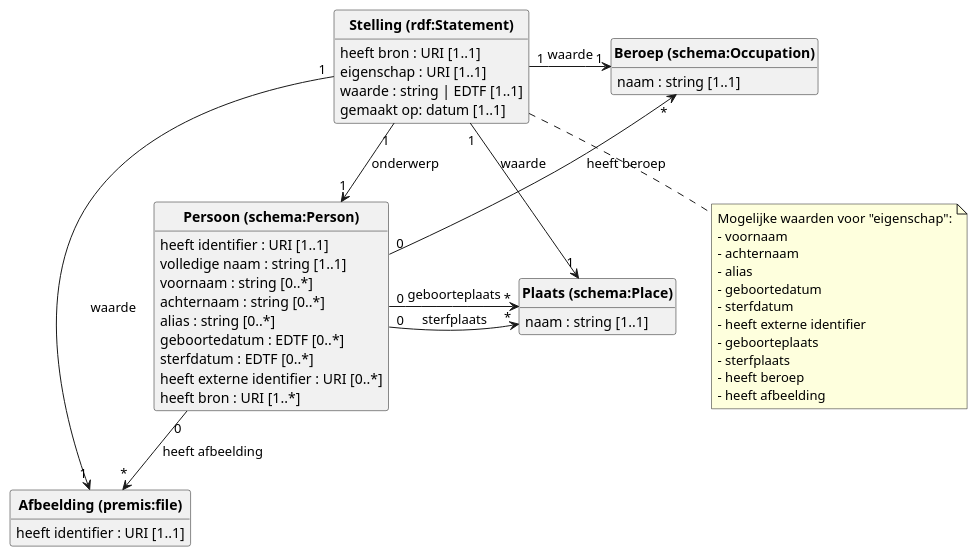
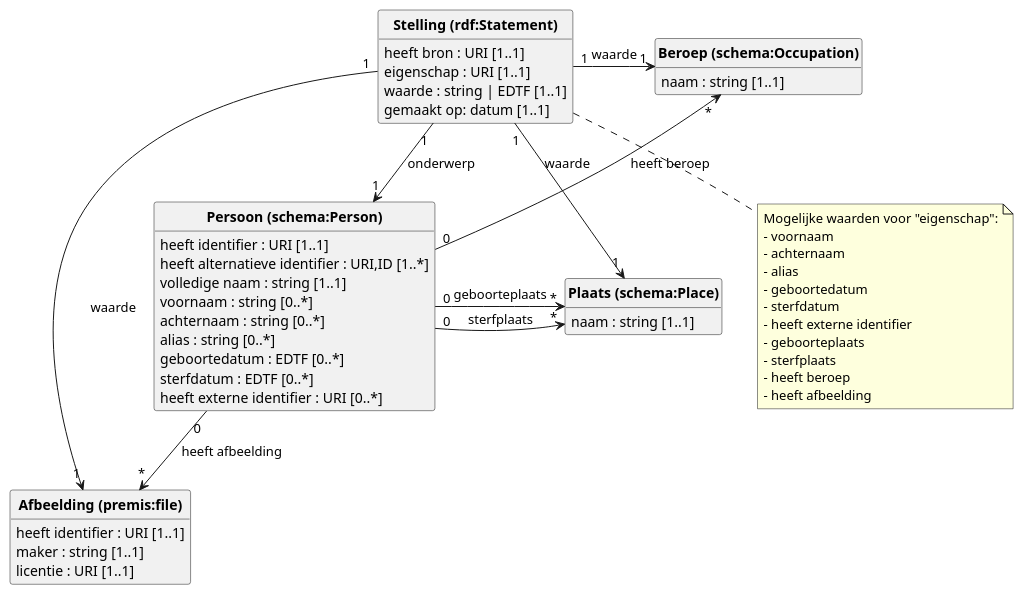
Before and after one commit to viaacode/visual-name-authority-project: the diagram in datamodel/diagram.puml, drawn with PlantUML.

Commit message:
update after internal review

```diff
--- a/datamodel/diagram.puml
+++ b/datamodel/diagram.puml
@@ -1,60 +1,62 @@
 @startuml
 class "<b>Persoon (schema:Person)</b>" {
     heeft identifier : URI [1..1]
+    heeft alternatieve identifier : URI,ID [1..*]
     volledige naam : string [1..1]
     voornaam : string [0..*]
     achternaam : string [0..*]
     alias : string [0..*]
     geboortedatum : EDTF [0..*]
     sterfdatum : EDTF [0..*]
     heeft externe identifier : URI [0..*]
-    heeft bron : URI [1..*]
 }
 
 class "<b>Plaats (schema:Place)</b>" {
     naam : string [1..1]
 }
 
 class "<b>Beroep (schema:Occupation)</b>" {
     naam : string [1..1]
 }
 
 class "<b>Afbeelding (premis:file)</b>" {
     heeft identifier : URI [1..1]
+    maker : string [1..1]
+    licentie : URI [1..1]  
 }
 
 "<b>Persoon (schema:Person)</b>" "0" -> "*" "<b>Plaats (schema:Place)</b>" : geboorteplaats
 "<b>Persoon (schema:Person)</b>" "0" -> "*" "<b>Plaats (schema:Place)</b>" : sterfplaats
 "<b>Beroep (schema:Occupation)</b>" "*" <-- "0" "<b>Persoon (schema:Person)</b>": heeft beroep
 "<b>Persoon (schema:Person)</b>" "0" --> "*" "<b>Afbeelding (premis:file)</b>": heeft afbeelding
 
 class "<b>Stelling (rdf:Statement)</b>"{
     heeft bron : URI [1..1]
     eigenschap : URI [1..1]
     waarde : string | EDTF [1..1]
     gemaakt op: datum [1..1]
 }
 note bottom of "<b>Stelling (rdf:Statement)</b>"
     Mogelijke waarden voor "eigenschap":
     - voornaam
     - achternaam
     - alias
     - geboortedatum
     - sterfdatum
     - heeft externe identifier
     - geboorteplaats
     - sterfplaats
     - heeft beroep
     - heeft afbeelding
 end note
 
  
 
 "<b>Stelling (rdf:Statement)</b>" "1" -> "1" "<b>Persoon (schema:Person)</b>" : onderwerp
 "<b>Stelling (rdf:Statement)</b>" "1" -> "1" "<b>Plaats (schema:Place)</b>" : waarde
 "<b>Stelling (rdf:Statement)</b>" "1" -> "1" "<b>Beroep (schema:Occupation)</b>": waarde
 "<b>Stelling (rdf:Statement)</b>" "1" -> "1" "<b>Afbeelding (premis:file)</b>": waarde
 
 hide circle
 hide methods
 @enduml
```
